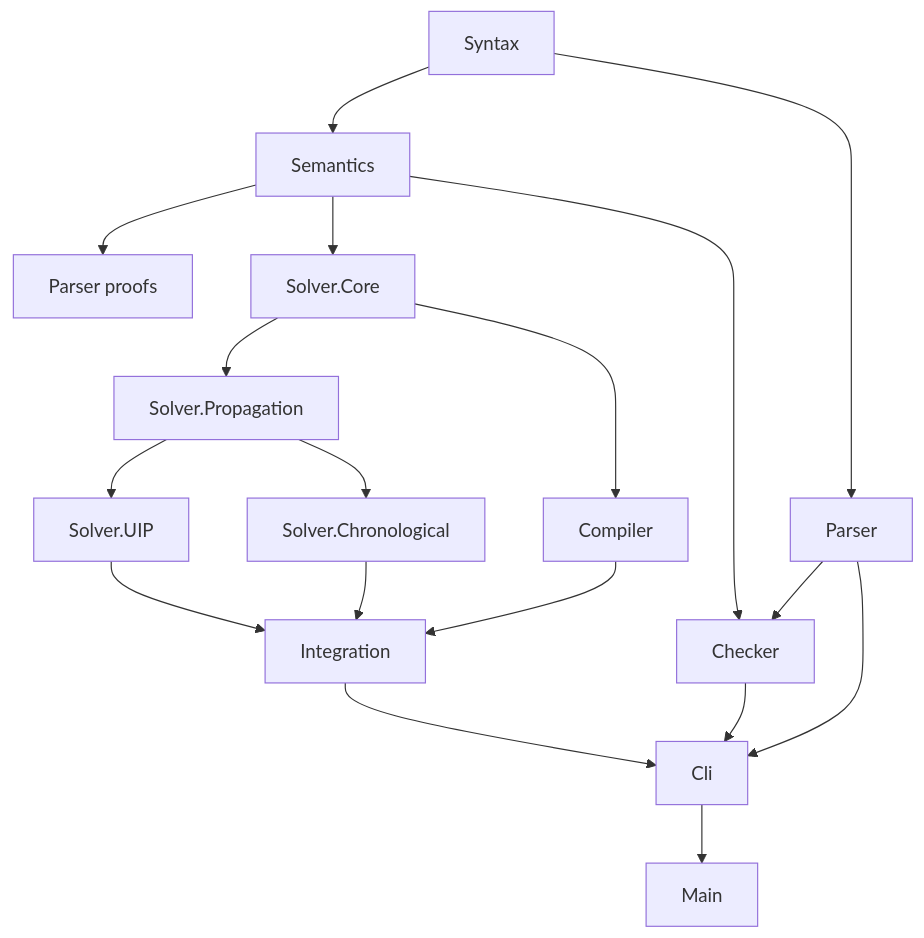
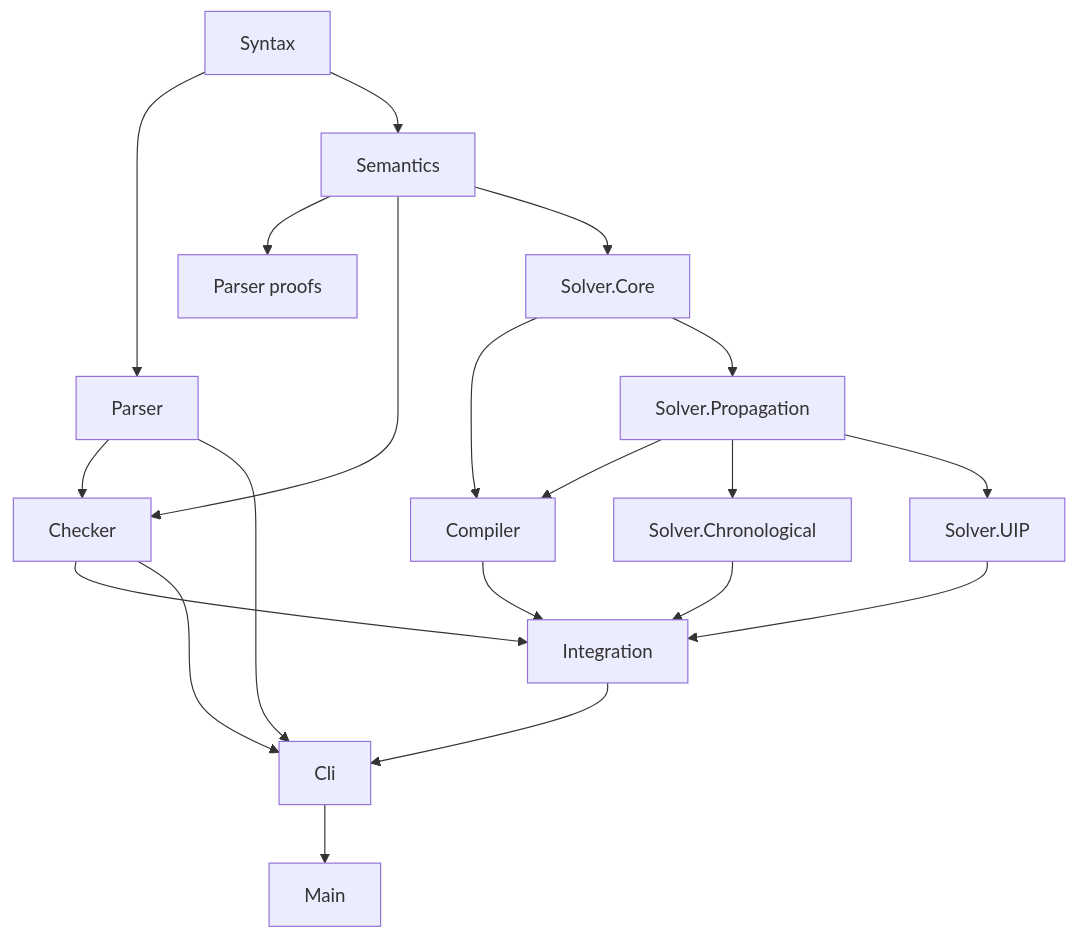
One commit to jacopoMauro/fzn2lean changed the diagram in code-structure.md. Above: the diagram before and after it, drawn with Mermaid. The commit also changed other lines of this file and 120 other files, not shown here.

````diff
--- a/code-structure.md
+++ b/code-structure.md
@@ -7,20 +14,22 @@
 ```mermaid
 flowchart TD
  Syntax --> Parser
  Syntax --> Semantics
  Semantics --> ParserProofs[Parser proofs]
  Parser --> Checker
  Semantics --> Checker
  Semantics --> Core[Solver.Core]
  Core --> Compiler
  Core --> Propagation[Solver.Propagation]
+ Propagation --> Compiler
  Propagation --> Chronological[Solver.Chronological]
  Propagation --> UIP[Solver.UIP]
  Compiler --> Integration
  Chronological --> Integration
  UIP --> Integration
+ Checker --> Integration
  Parser --> Cli
  Checker --> Cli
  Integration --> Cli
  Cli --> Main
 ```
````
